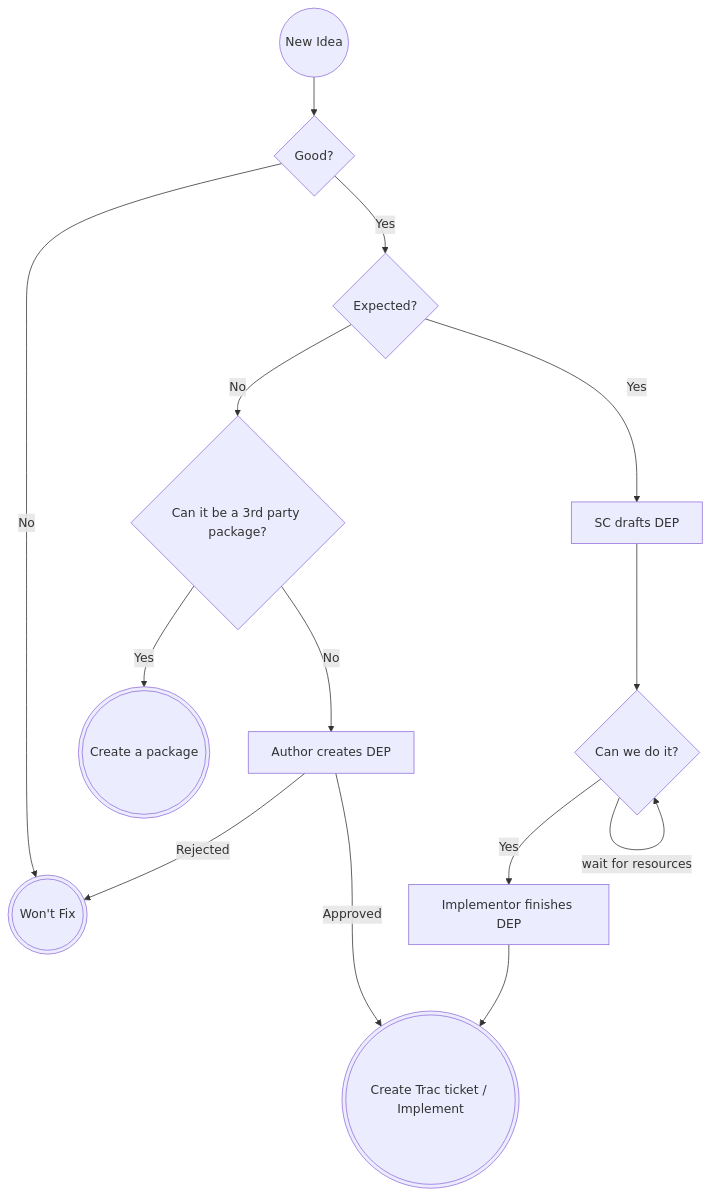
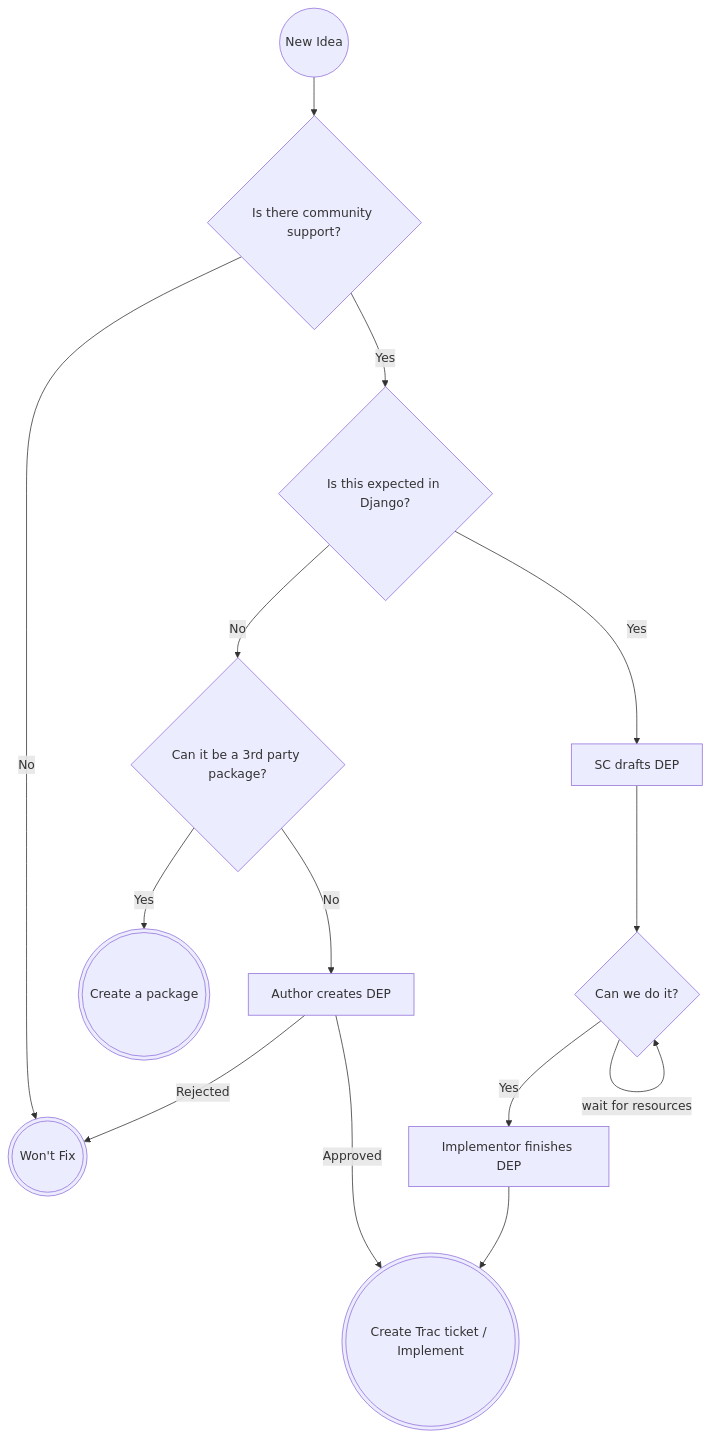
Before and after one commit to django/new-features: the diagram in README.md, drawn with Mermaid.

Commit message:
Make the chart's language a bit friendler and less direct.

````diff
--- a/README.md
+++ b/README.md
@@ -14,16 +14,16 @@
 ```mermaid
 flowchart TD
-    newIdea[New Idea]@{ shape: circle} --> isGood{Good?}
+    newIdea[New Idea]@{ shape: circle} --> isGood{Is there community support?}
     isGood -->|No| wontfix[Won't Fix]
-    isGood -->|Yes|featureType{Expected?}
+    isGood -->|Yes|featureType{Is this expected in Django?}
     featureType --> |No|delightful{Can it be a 3rd party package?}
     featureType --> |Yes|scDEP[SC drafts DEP]
     scDEP --> expected{Can we do it?}
     expected --> |Yes|scDEPFinish[Implementor finishes DEP]
     expected --> |wait for resources| expected
     scDEPFinish --> tracCreated[Create Trac ticket / Implement]
     delightful --> |Yes|package[Create a package]@{ shape: dbl-circ}
     delightful --> |No|authorDEP[Author creates DEP]
     authorDEP --> |Rejected|wontfix@{ shape: dbl-circ}
     authorDEP --> |Approved|tracCreated@{ shape: dbl-circ}
 ```
````
